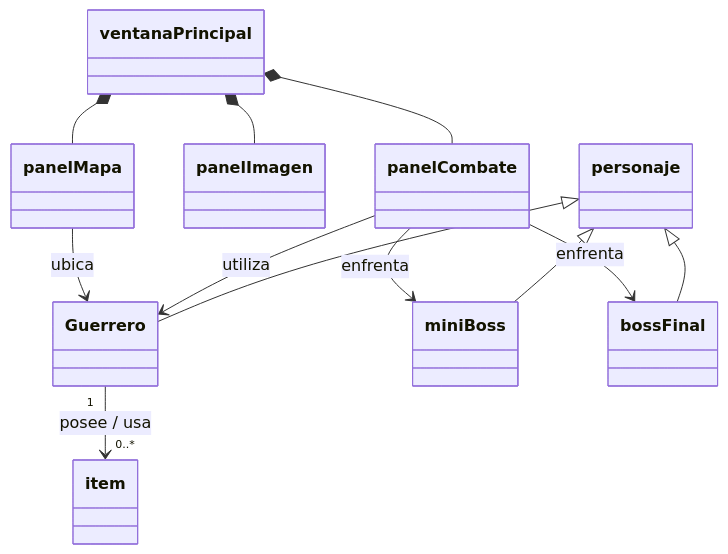
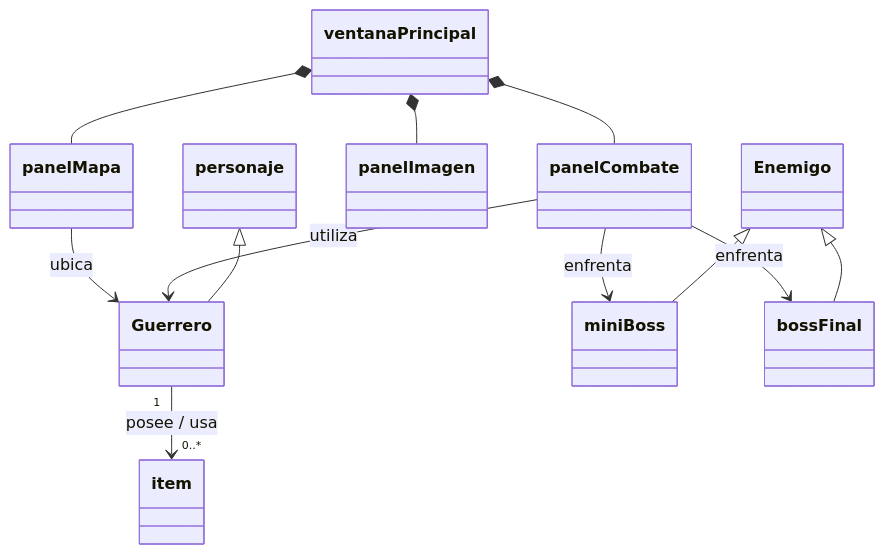
The diagram in README.md (adribarrera/Videojuego-Java), drawn with Mermaid before and after one commit.

````diff
--- a/README.md
+++ b/README.md
@@ -2,30 +2,31 @@
 ```mermaid
 classDiagram
     %% Clases
     class personaje
     class Guerrero
+    class Enemigo
     class miniBoss
     class bossFinal
     class item
     class ventanaPrincipal
     class panelImagen 
     class panelCombate
     class panelMapa
 
     %% Herencias
     personaje <|-- Guerrero
-    personaje <|-- miniBoss
-    personaje <|-- bossFinal
+    Enemigo <|-- miniBoss
+    Enemigo <|-- bossFinal
 
     %% Relaciones de Interfaz Gráfica (Composición)
     ventanaPrincipal *-- panelImagen
     ventanaPrincipal *-- panelCombate
     ventanaPrincipal *-- panelMapa
 
     %% Relaciones y Asociaciones del Juego
     Guerrero "1" --> "0..*" item : posee / usa
     panelCombate --> Guerrero : utiliza
     panelCombate --> miniBoss : enfrenta
     panelCombate --> bossFinal : enfrenta
     panelMapa --> Guerrero : ubica
 ```
````
